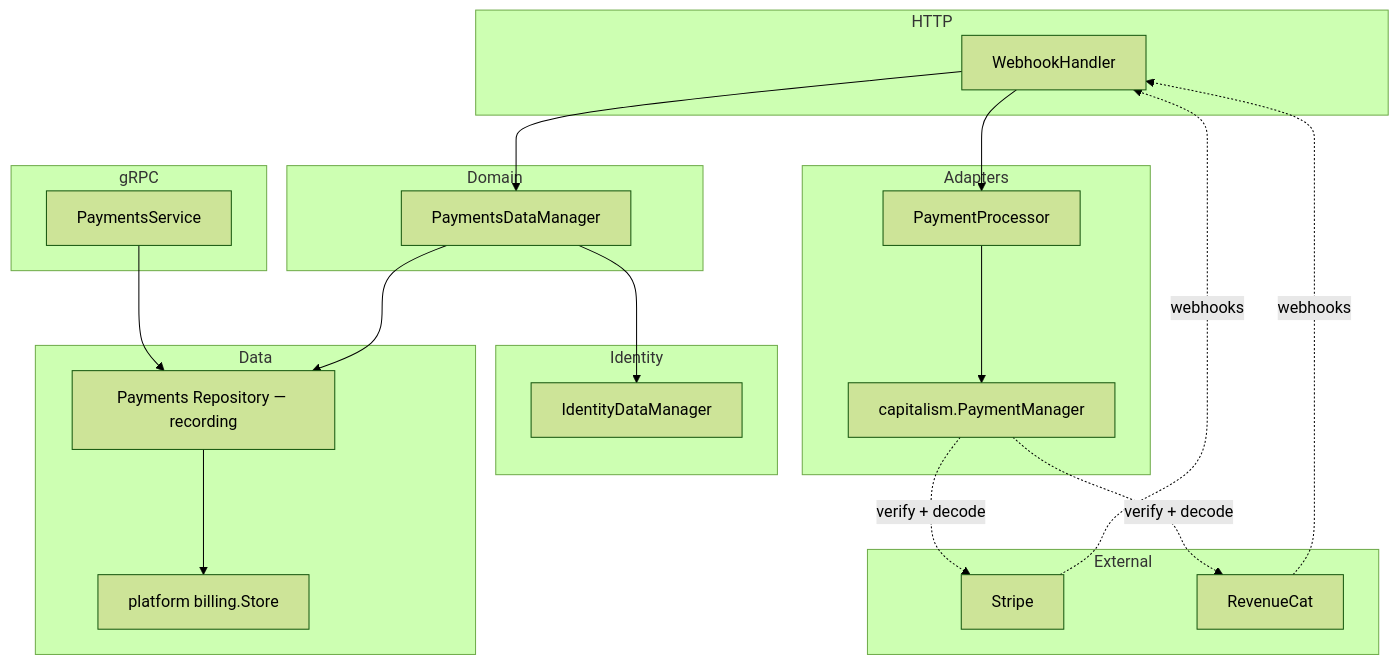
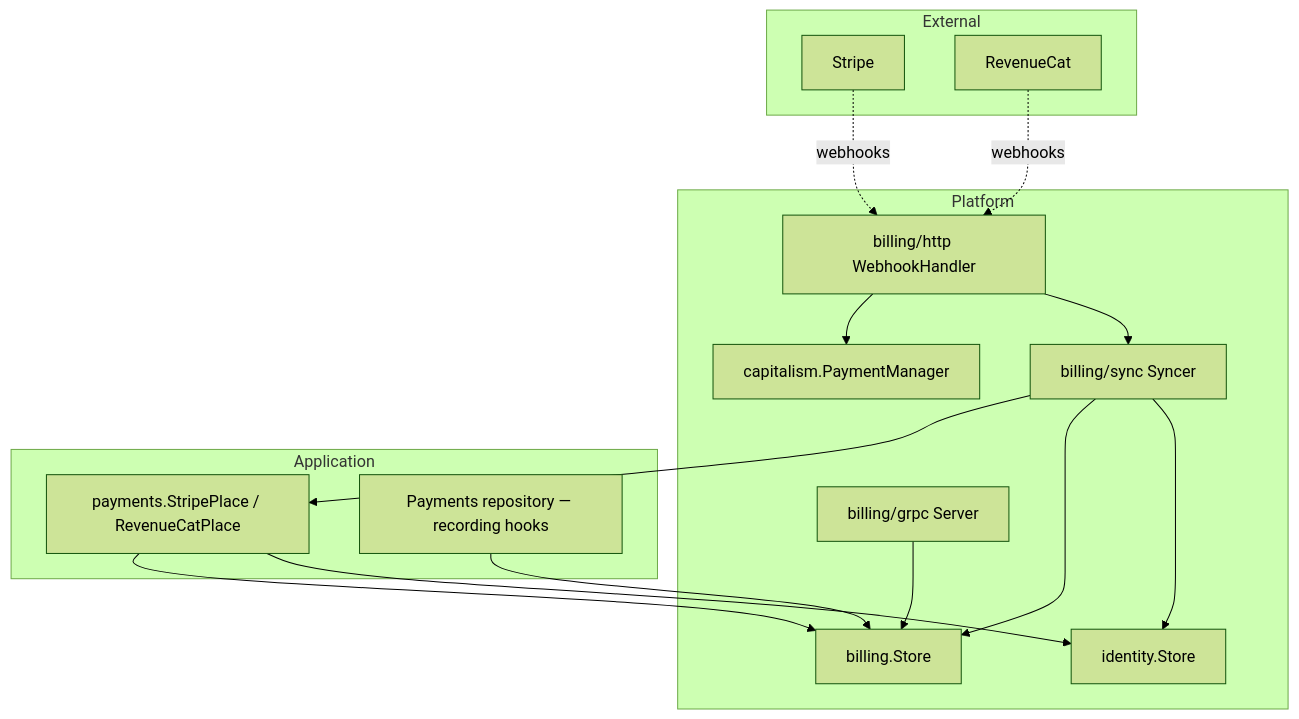
The diagram in backend/docs/payments.md (primandproper/dinnerdonebetter), drawn with Mermaid (forest theme) before and after one commit. The commit also changed other lines of this file and 32 other files, not shown here.

Commit message:
Adopt platform's billing sync and delete the local payments webhook pipeline (#1485)

````diff
--- a/backend/docs/payments.md
+++ b/backend/docs/payments.md
@@ -28,45 +30,33 @@
 ```mermaid
 flowchart TB
-    subgraph HTTP
-        WH[WebhookHandler]
-    end
-    
-    subgraph gRPC
-        PS[PaymentsService]
-    end
-    
-    subgraph Domain
-        PM[PaymentsDataManager]
-    end
-
-    subgraph Adapters
-        PP[PaymentProcessor]
-        CAP[capitalism.PaymentManager]
-    end
-
     subgraph External
         Stripe[Stripe]
         RC[RevenueCat]
     end
-    
-    subgraph Identity
-        IM[IdentityDataManager]
+
+    subgraph Platform
+        WH[billing/http WebhookHandler]
+        CAP[capitalism.PaymentManager]
+        SY[billing/sync Syncer]
+        BS[billing.Store]
+        ID[identity.Store]
+        GS[billing/grpc Server]
     end
-    
-    subgraph Data
-        PR[Payments Repository — recording]
-        BS[platform billing.Store]
+
+    subgraph Application
+        PL[payments.StripePlace / RevenueCatPlace]
+        PR[Payments repository — recording hooks]
     end
-    
-    WH --> PP
-    WH --> PM
-    PS --> PR
-    PM --> PR
-    PM --> IM
-    PR --> BS
-    PP --> CAP
+
     Stripe -.webhooks.-> WH
     RC -.webhooks.-> WH
-    CAP -.verify + decode.-> Stripe
-    CAP -.verify + decode.-> RC
+    WH --> CAP
+    WH --> SY
+    SY --> PL
+    SY --> BS
+    SY --> ID
+    PL --> BS
+    PL --> ID
+    GS --> BS
+    PR --> BS
 ```
````
